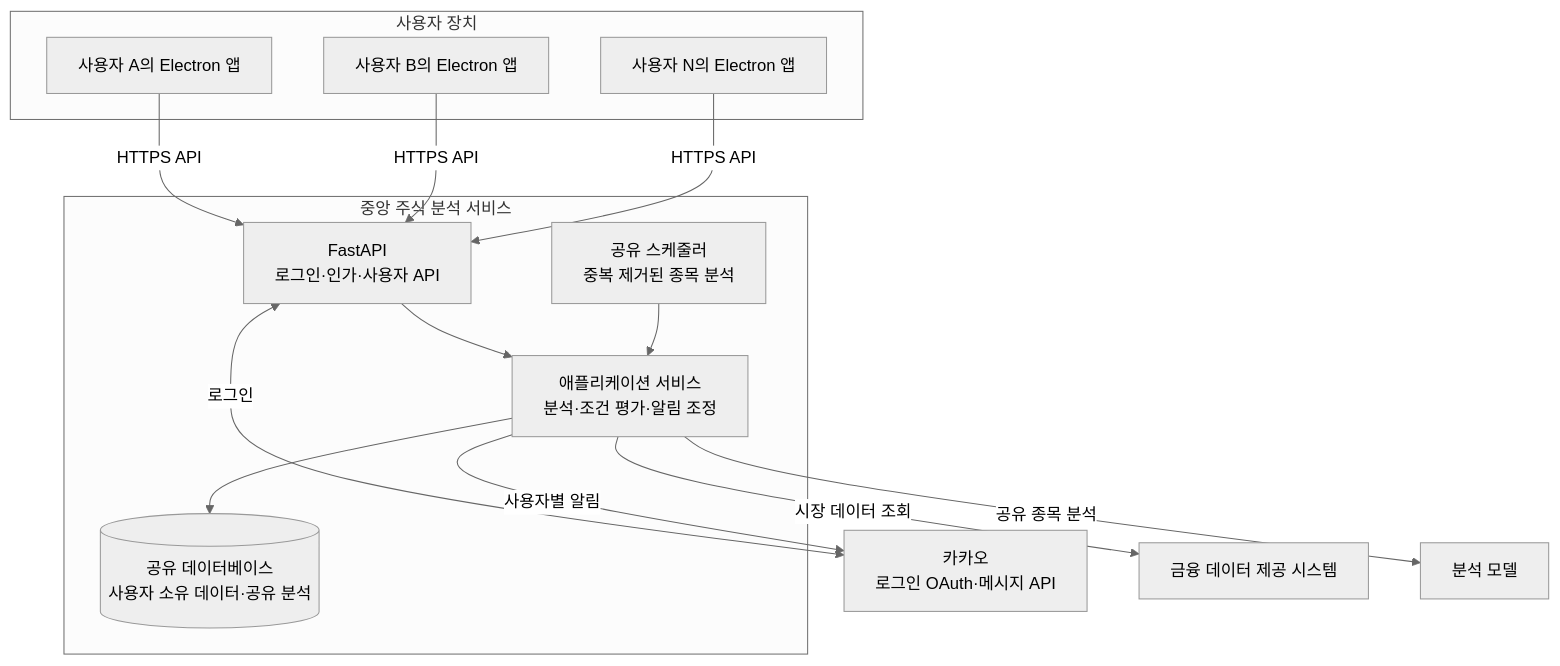
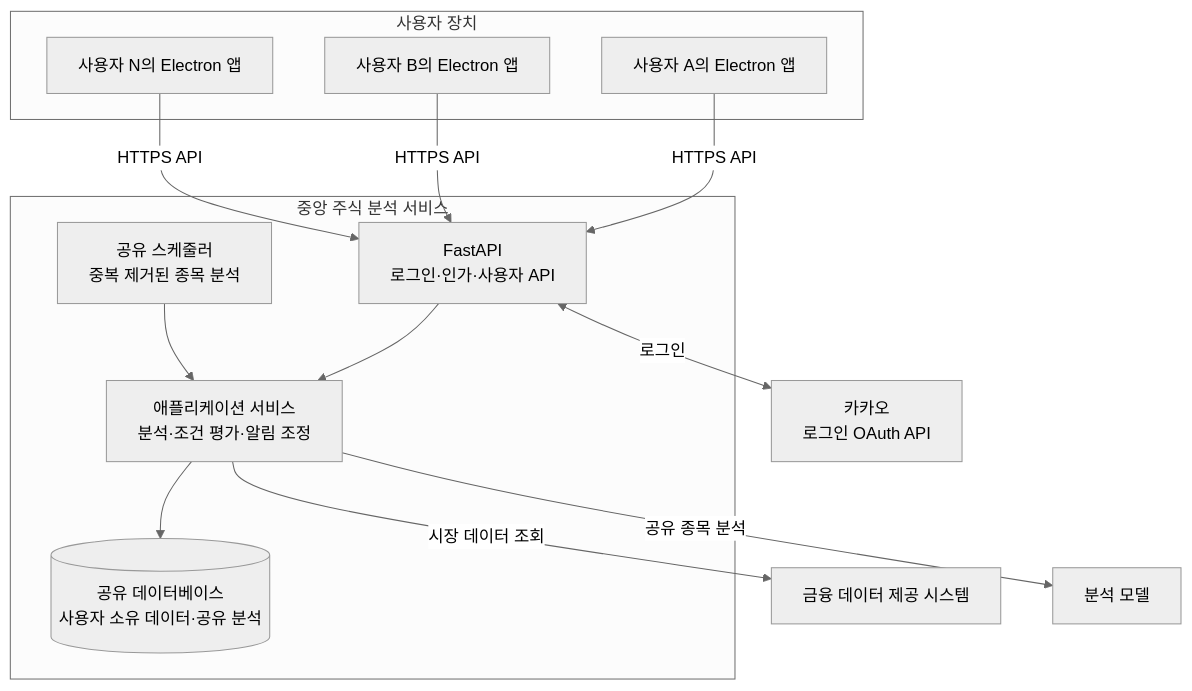
The first of 11 diagrams in design/login_feature_design.md (PhilPark-geosr/stock-agent), drawn with Mermaid (neutral theme) before and after one commit. The commit also changed other lines of this file and 4 other files, not shown here.

````diff
--- a/design/login_feature_design.md
+++ b/design/login_feature_design.md
@@ -63,32 +65,31 @@
 ```mermaid
 flowchart TB
     subgraph CLIENTS["사용자 장치"]
         EA["사용자 A의 Electron 앱"]
         EB["사용자 B의 Electron 앱"]
         EN["사용자 N의 Electron 앱"]
     end
 
     subgraph SERVICE["중앙 주식 분석 서비스"]
         API["FastAPI<br/>로그인·인가·사용자 API"]
         APP["애플리케이션 서비스<br/>분석·조건 평가·알림 조정"]
         SCHEDULER["공유 스케줄러<br/>중복 제거된 종목 분석"]
         DB[("공유 데이터베이스<br/>사용자 소유 데이터·공유 분석")]
 
         API --> APP
         SCHEDULER --> APP
         APP --> DB
     end
 
-    KAKAO["카카오<br/>로그인 OAuth·메시지 API"]
+    KAKAO["카카오<br/>로그인 OAuth API"]
     MARKET["금융 데이터 제공 시스템"]
     LLM["분석 모델"]
 
     EA -->|"HTTPS API"| API
     EB -->|"HTTPS API"| API
     EN -->|"HTTPS API"| API
 
     API <-->|"로그인"| KAKAO
-    APP -->|"사용자별 알림"| KAKAO
     APP -->|"시장 데이터 조회"| MARKET
     APP -->|"공유 종목 분석"| LLM
 ```
````
